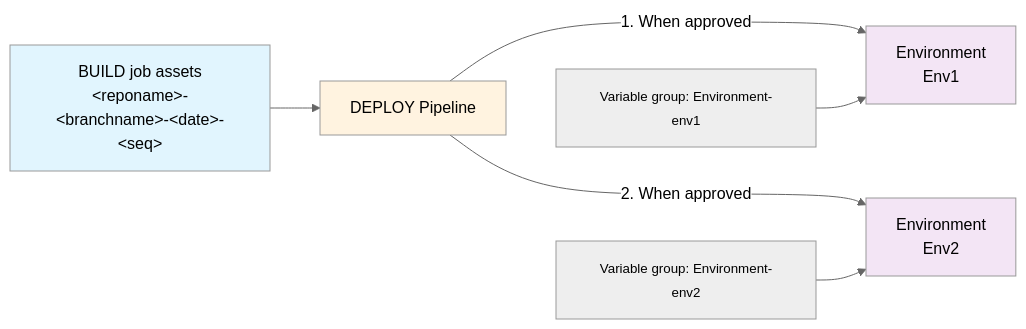
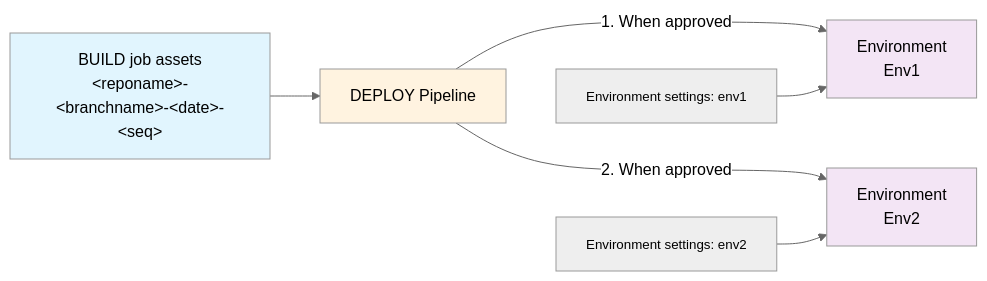
Before and after one commit to rnwood/ALM4DataverseTest4Shared: the diagram in docs/usage/deploying.md, drawn with Mermaid (neutral theme). The commit also changed other lines of this file and 14 other files, not shown here.

````diff
--- a/docs/usage/deploying.md
+++ b/docs/usage/deploying.md
@@ -3,13 +3,13 @@
 ```mermaid
 flowchart LR
     A[BUILD job assets<br/>&lt;reponame&gt;-&lt;branchname&gt;-&lt;date&gt;-&lt;seq&gt;] --> B[DEPLOY Pipeline]
     B -- 1. When approved ---> C[Environment<br/>Env1]
     B -- 2. When approved ---> E[Environment<br/>Env2]
-    D[<small>Variable group: Environment-env1</small>] --> C
-    F[<small>Variable group: Environment-env2</small>] --> E
+    D[<small>Environment settings: env1</small>] --> C
+    F[<small>Environment settings: env2</small>] --> E
 
     style A fill:#e1f5fe
     style C fill:#f3e5f5
     style B fill:#fff3e0
     style E fill:#f3e5f5
 ```
````
